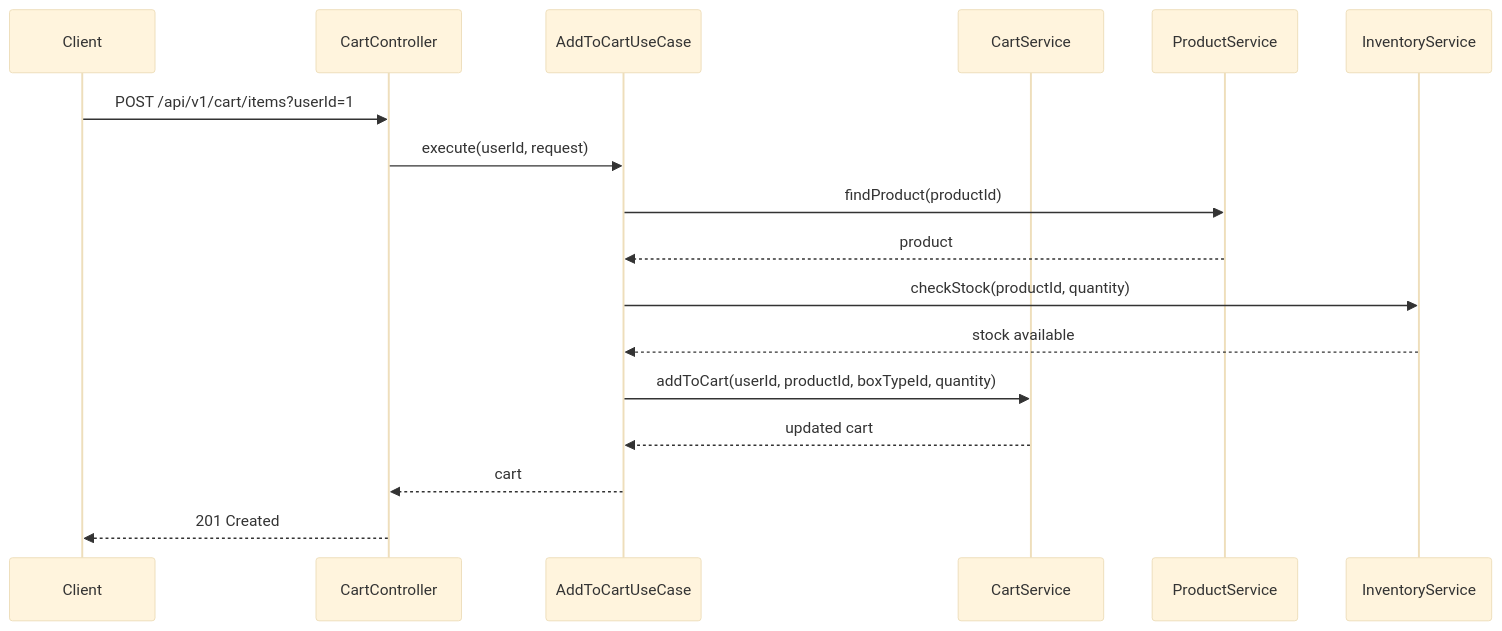
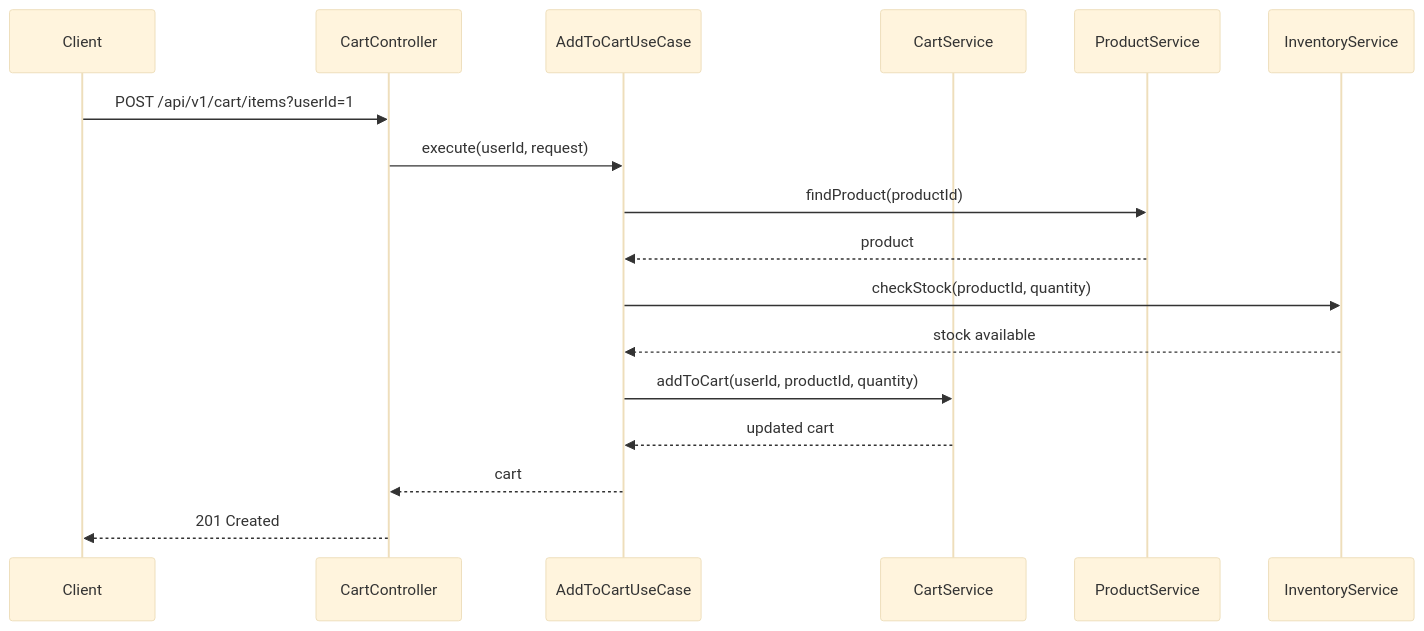
One commit to jay05410/hanghae10-for-study changed the first of 2 diagrams in ecommerce/docs/api/sequences/cart/cart-api.md. Above: the diagram before and after it, drawn with Mermaid (base theme). The commit also changed other lines of this file and 8 other files, not shown here.

````diff
--- a/ecommerce/docs/api/sequences/cart/cart-api.md
+++ b/ecommerce/docs/api/sequences/cart/cart-api.md
@@ -193,24 +197,24 @@
 ```mermaid
 sequenceDiagram
     participant Client
     participant CartController
     participant AddToCartUseCase
     participant CartService
     participant ProductService
     participant InventoryService
 
     Client->>CartController: POST /api/v1/cart/items?userId=1
     CartController->>AddToCartUseCase: execute(userId, request)
 
     AddToCartUseCase->>ProductService: findProduct(productId)
     ProductService-->>AddToCartUseCase: product
 
     AddToCartUseCase->>InventoryService: checkStock(productId, quantity)
     InventoryService-->>AddToCartUseCase: stock available
 
-    AddToCartUseCase->>CartService: addToCart(userId, productId, boxTypeId, quantity)
+    AddToCartUseCase->>CartService: addToCart(userId, productId, quantity)
     CartService-->>AddToCartUseCase: updated cart
 
     AddToCartUseCase-->>CartController: cart
     CartController-->>Client: 201 Created
 ```
````
